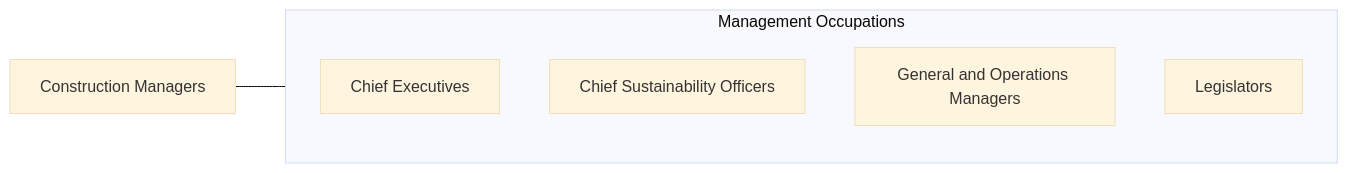
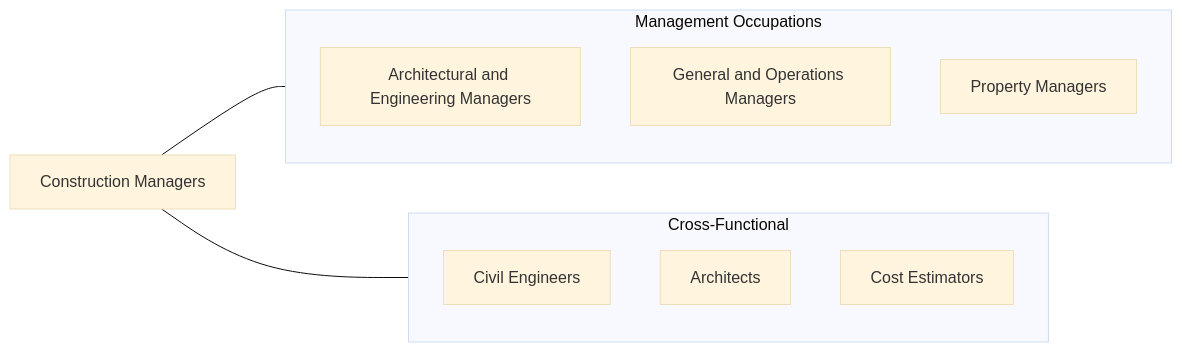
One commit to kziemski/business.org.ai changed the fourth of 4 diagrams in occupations/Management/ConstructionManagers.mdx. Above: the diagram before and after it, drawn with Mermaid (base theme). The commit also changed other lines of this file and 938 other files, not shown here.

````diff
--- a/occupations/Management/ConstructionManagers.mdx
+++ b/occupations/Management/ConstructionManagers.mdx
@@ -110,13 +162,19 @@
 ```mermaid
 graph LR
-    Current["Construction Managers"]
+    CM["Construction Managers"]
 
     subgraph SameCategory["Management Occupations"]
-        ChiefExecutives["Chief Executives"]
-        ChiefSustainabilityO["Chief Sustainability Officers"]
-        GeneralAndOperations["General and Operations Managers"]
-        Legislators["Legislators"]
+        AEM["Architectural and Engineering Managers"]
+        GOps["General and Operations Managers"]
+        PM["Property Managers"]
     end
 
-    Current --- SameCategory
+    subgraph CrossFunctional["Cross-Functional"]
+        CE["Civil Engineers"]
+        Arch["Architects"]
+        CE2["Cost Estimators"]
+    end
+
+    CM --- SameCategory
+    CM --- CrossFunctional
 ```
````
